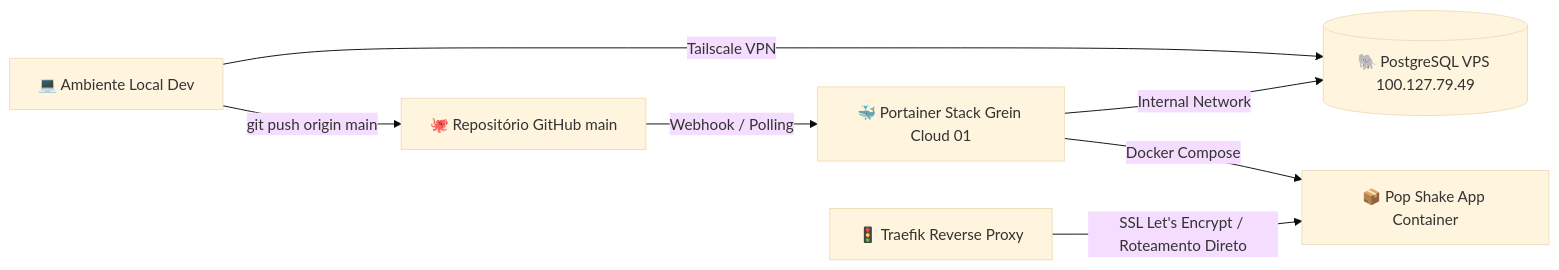
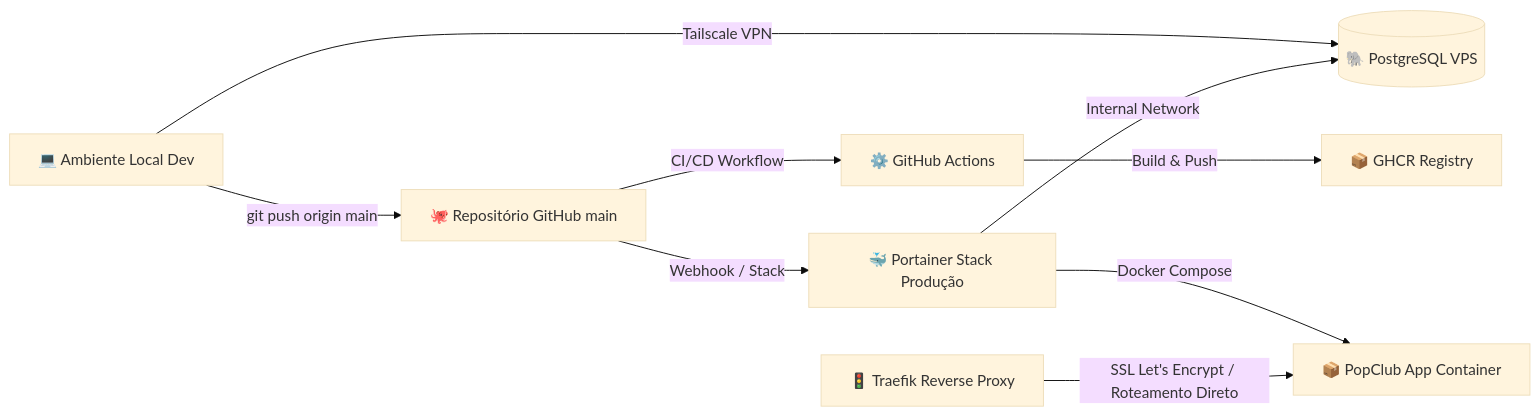
The diagram in docs/GITOPS.md (WiltonGabriel/PopClub), drawn with Mermaid (base theme) before and after one commit. The commit also changed other lines of this file and 10 other files, not shown here.

````diff
--- a/docs/GITOPS.md
+++ b/docs/GITOPS.md
@@ -11,9 +11,11 @@
 ```mermaid
 graph LR
-    Dev[💻 Ambiente Local Dev] -->|Tailscale VPN| RemoteDB[(🐘 PostgreSQL VPS 100.127.79.49)]
+    Dev[💻 Ambiente Local Dev] -->|Tailscale VPN| RemoteDB[(🐘 PostgreSQL VPS)]
     Dev -->|git push origin main| GitHub[🐙 Repositório GitHub main]
-    GitHub -->|Webhook / Polling| Portainer[🐳 Portainer Stack Grein Cloud 01]
-    Portainer -->|Docker Compose| App[📦 Pop Shake App Container]
+    GitHub -->|CI/CD Workflow| GHA[⚙️ GitHub Actions]
+    GHA -->|Build & Push| GHCR[📦 GHCR Registry]
+    GitHub -->|Webhook / Stack| Portainer[🐳 Portainer Stack Produção]
+    Portainer -->|Docker Compose| App[📦 PopClub App Container]
     Portainer -->|Internal Network| RemoteDB
     Traefik[🚦 Traefik Reverse Proxy] -->|SSL Let's Encrypt / Roteamento Direto| App
 ```
````
